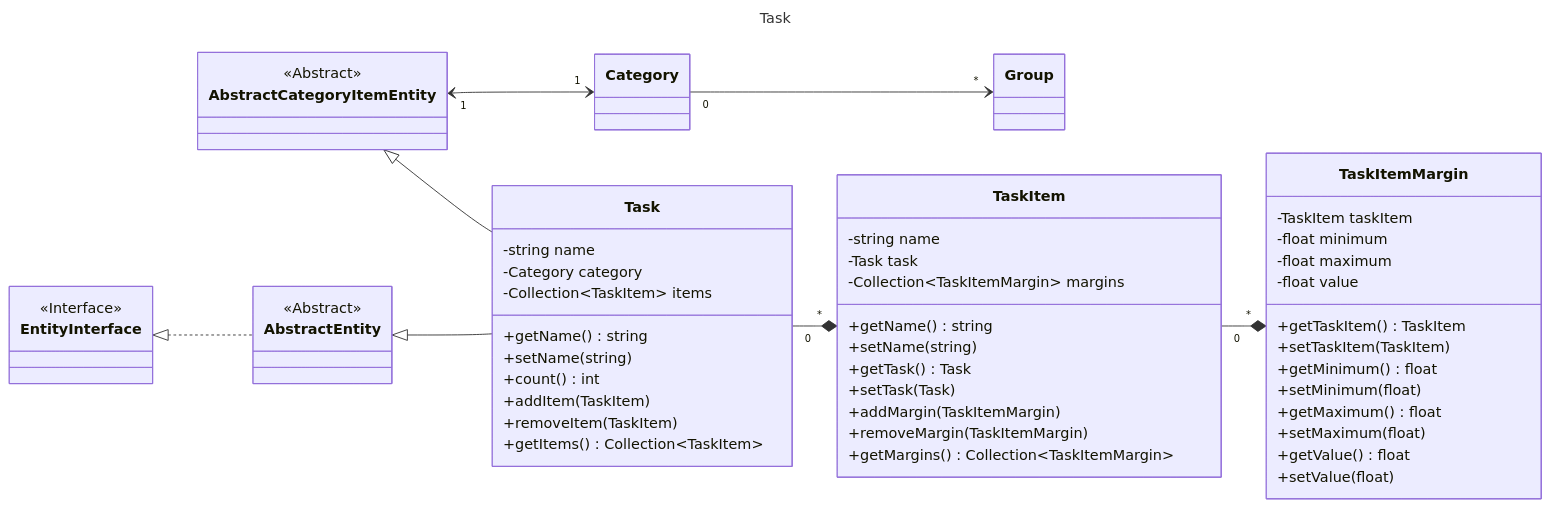
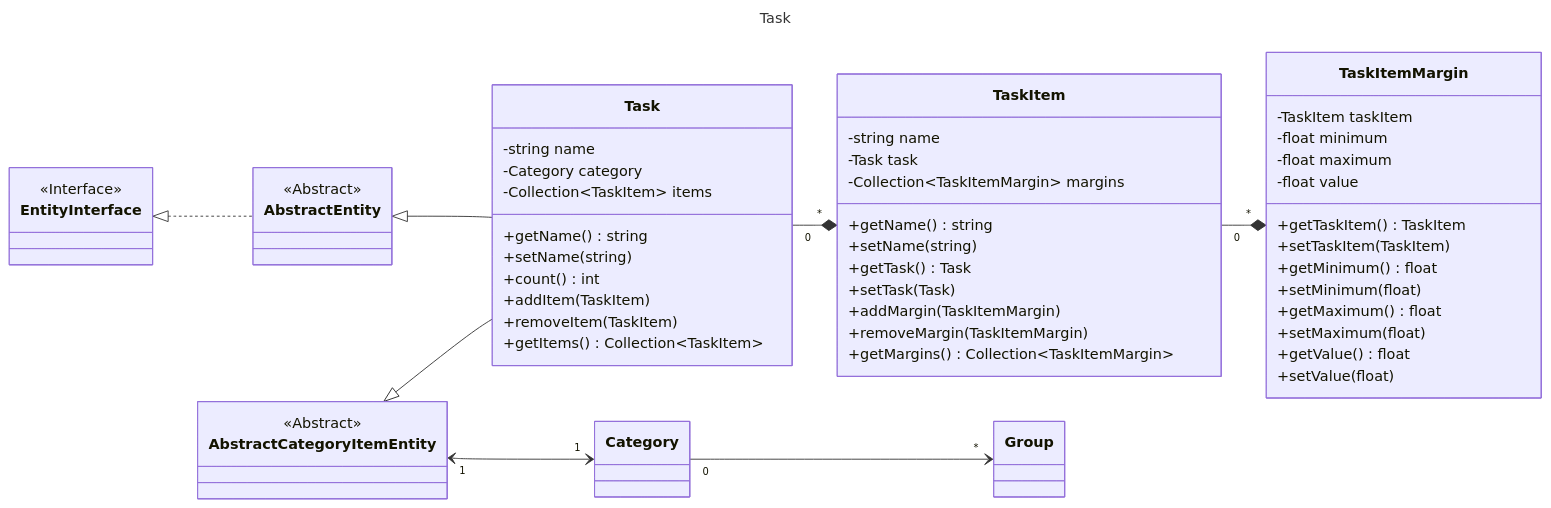
One commit to laurentmuller/calculation changed the diagram in resources/diagram/task.mmd. Above: the diagram before and after it, drawn with Mermaid. The commit also changed 45 other files, not shown here.

Commit message:
Added diagram theme. Added PDF memory images trait.

```diff
--- a/resources/diagram/task.mmd
+++ b/resources/diagram/task.mmd
@@ -1,77 +1,71 @@
 ---
 title: Task
 ---
 
 classDiagram
     direction LR
-
-    class Group {
-    }
-
-    class Category {
-    }
 
     class AbstractCategoryItemEntity {
         <<Abstract>>
     }
 
     class Task {
         -string name
         -Category category
         -Collection~TaskItem~ items
         +getName() string
         +setName(string)
         +count() int
         +addItem(TaskItem)
         +removeItem(TaskItem)
         +getItems() Collection~TaskItem~
     }
 
     class TaskItem {
         -string name
         -Task task
         -Collection~TaskItemMargin~ margins
         +getName() string
         +setName(string)
         +getTask() Task
         +setTask(Task)
         +addMargin(TaskItemMargin)
         +removeMargin(TaskItemMargin)
         +getMargins() Collection~TaskItemMargin~
     }
 
     class TaskItemMargin {
         -TaskItem taskItem
         -float minimum
         -float maximum
         -float value
         +getTaskItem() TaskItem
         +setTaskItem(TaskItem)
         +getMinimum() float
         +setMinimum(float)
         +getMaximum() float
         +setMaximum(float)
         +getValue() float
         +setValue(float)
     }
 
     class AbstractEntity {
         <<Abstract>>
     }
     class EntityInterface {
         <<Interface>>
     }
 
     EntityInterface <|.. AbstractEntity
     AbstractEntity <|-- Task
     AbstractCategoryItemEntity <|-- Task
     AbstractCategoryItemEntity "1" <--> "1" Category
     Task "0" --* "*" TaskItem
     TaskItem "0" --* "*" TaskItemMargin
     Category "0" --> "*" Group
 
     click EntityInterface call nodeCallback()
     click AbstractEntity call nodeCallback()
     click AbstractCategoryItemEntity call nodeCallback()
     click Category call nodeCallback()
     click Group call nodeCallback()
```
